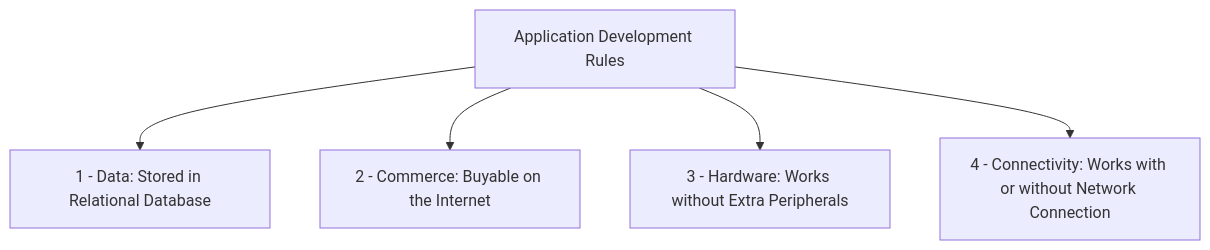
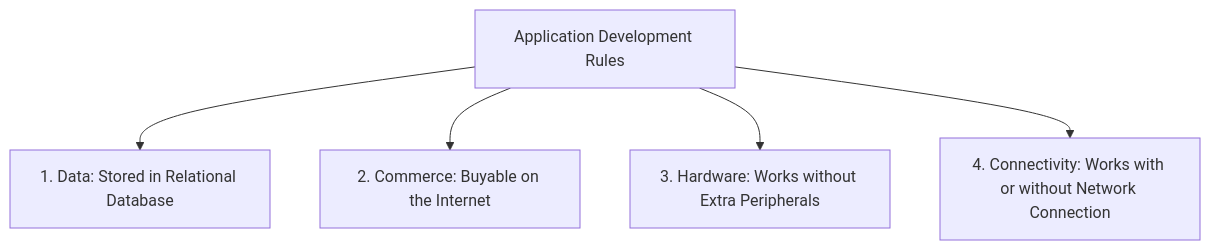
Before and after one commit to meto-data/noetic-logos: the first of 2 diagrams in content/0-ybs-notlari/YBS3003-mesleki-yabanci-dil/ders-1.md, drawn with Mermaid. The commit also changed 16 other files, not shown here.

````diff
--- a/content/0-ybs-notlari/YBS3003-mesleki-yabanci-dil/ders-1.md
+++ b/content/0-ybs-notlari/YBS3003-mesleki-yabanci-dil/ders-1.md
@@ -48,8 +48,8 @@
 ```mermaid
 graph TD
     AppRules[Application Development Rules]
-    AppRules --> R1["1 - Data: Stored in Relational Database"]
-    AppRules --> R2["2 - Commerce: Buyable on the Internet"]
-    AppRules --> R3["3 - Hardware: Works without Extra Peripherals"]
-    AppRules --> R4["4 - Connectivity: Works with or without Network Connection"]
+    AppRules --> R1["1. Data: Stored in Relational Database"]
+    AppRules --> R2["2. Commerce: Buyable on the Internet"]
+    AppRules --> R3["3. Hardware: Works without Extra Peripherals"]
+    AppRules --> R4["4. Connectivity: Works with or without Network Connection"]
 ```
````
